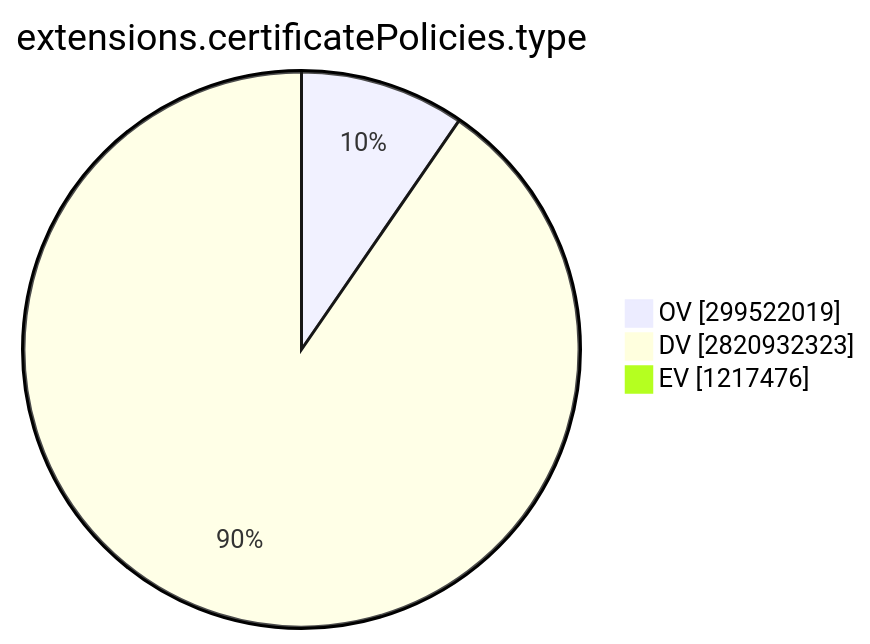
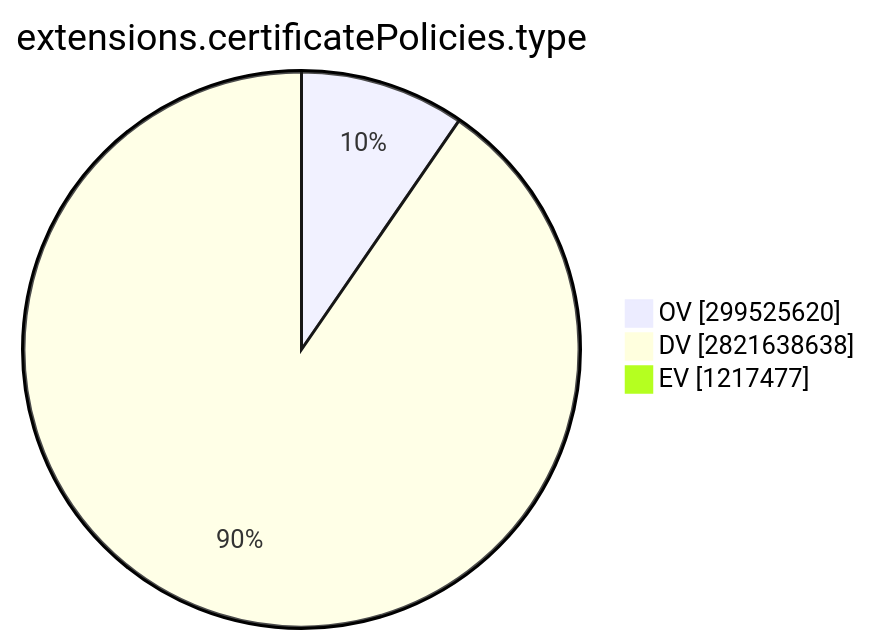
Before and after one commit to christiankrug/ctmonitor_visualization: the ninth of 15 diagrams in TOTAL/README.md, drawn with Mermaid. The commit also changed other lines of this file, not shown here.

````diff
--- a/TOTAL/README.md
+++ b/TOTAL/README.md
@@ -3101,7 +3101,7 @@
 ```mermaid
 pie showData
 title extensions.certificatePolicies.type
-"OV" :299522019
-"DV" :2820932323
-"EV" :1217476
+"OV" :299525620
+"DV" :2821638638
+"EV" :1217477
 ```
````
